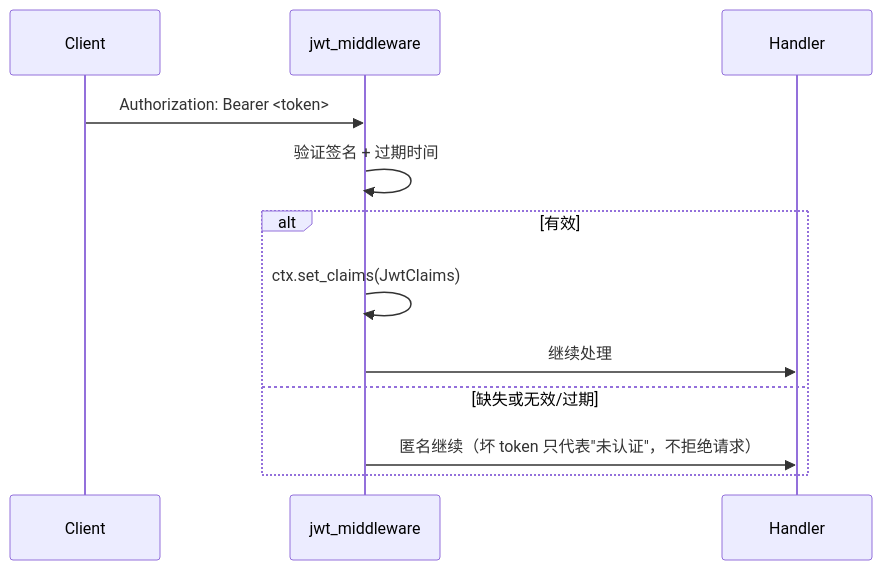
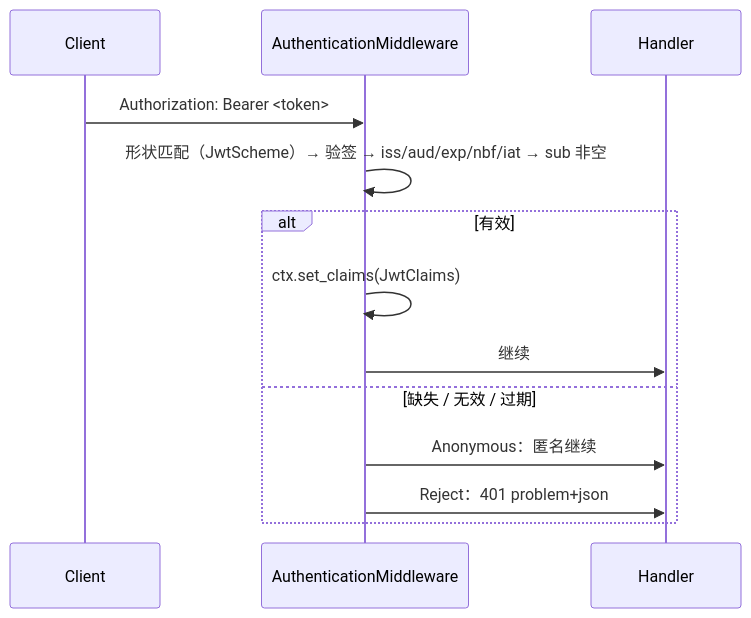
The diagram in docs/rust-webx/09-auth-security/jwt-authentication.md (Rust-Framework/rust-webx), drawn with Mermaid before and after one commit. The commit also changed other lines of this file and 293 other files, not shown here.

````diff
--- a/docs/rust-webx/09-auth-security/jwt-authentication.md
+++ b/docs/rust-webx/09-auth-security/jwt-authentication.md
@@ -27,15 +97,15 @@
 ```mermaid
 sequenceDiagram
     participant Client
-    participant JWT as jwt_middleware
+    participant Auth as AuthenticationMiddleware
     participant Handler
-
-    Client->>JWT: Authorization: Bearer <token>
-    JWT->>JWT: 验证签名 + 过期时间
+    Client->>Auth: Authorization: Bearer <token>
+    Auth->>Auth: 形状匹配（JwtScheme）→ 验签 → iss/aud/exp/nbf/iat → sub 非空
     alt 有效
-        JWT->>JWT: ctx.set_claims(JwtClaims)
-        JWT->>Handler: 继续处理
-    else 缺失或无效/过期
-        JWT->>Handler: 匿名继续（坏 token 只代表"未认证"，不拒绝请求）
+        Auth->>Auth: ctx.set_claims(JwtClaims)
+        Auth->>Handler: 继续
+    else 缺失 / 无效 / 过期
+        Auth->>Handler: Anonymous：匿名继续
+        Auth->>Handler: Reject：401 problem+json
     end
 ```
````
